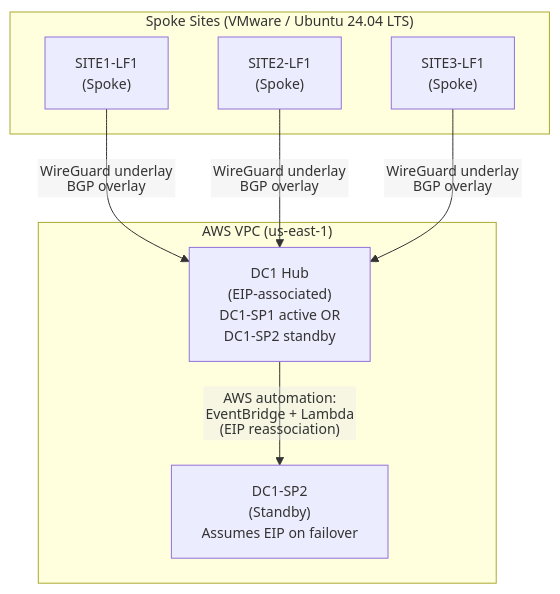
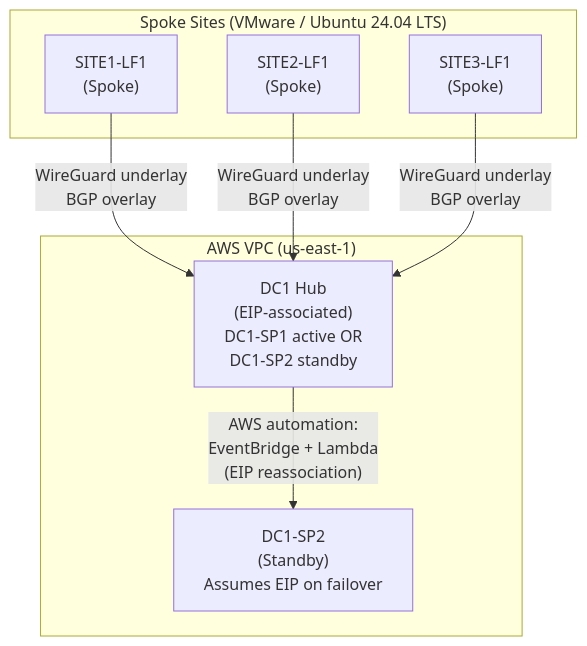
The diagram in diagrams/logical-architecture.mmd (erschmittnetwork/aws-wireguard-bgp-wan), drawn with Mermaid before and after one commit.

Commit message:
Fix PNG rendering in PDF.

```diff
--- a/diagrams/logical-architecture.mmd
+++ b/diagrams/logical-architecture.mmd
@@ -1,19 +1,18 @@
-%%{init: {'flowchart': {'htmlLabels': false, 'padding': 15}, 'themeVariables': {'fontSize': '14px'}}}%%
 graph TD
 
   subgraph Sites["Spoke Sites (VMware / Ubuntu 24.04 LTS)"]
     SITE1["SITE1-LF1<br/>(Spoke)"]
     SITE2["SITE2-LF1<br/>(Spoke)"]
     SITE3["SITE3-LF1<br/>(Spoke)"]
   end
 
   subgraph AWS["AWS VPC (us-east-1)"]
     HUB["DC1 Hub<br/>(EIP-associated)<br/>DC1-SP1 active OR<br/>DC1-SP2 standby"]
     HUB2["DC1-SP2<br/>(Standby)<br/>Assumes EIP on failover"]
   end
 
   SITE1 -->|"WireGuard underlay<br/>BGP overlay"| HUB
   SITE2 -->|"WireGuard underlay<br/>BGP overlay"| HUB
   SITE3 -->|"WireGuard underlay<br/>BGP overlay"| HUB
 
   HUB -->|"AWS automation:<br/>EventBridge + Lambda<br/>(EIP reassociation)"| HUB2
```
